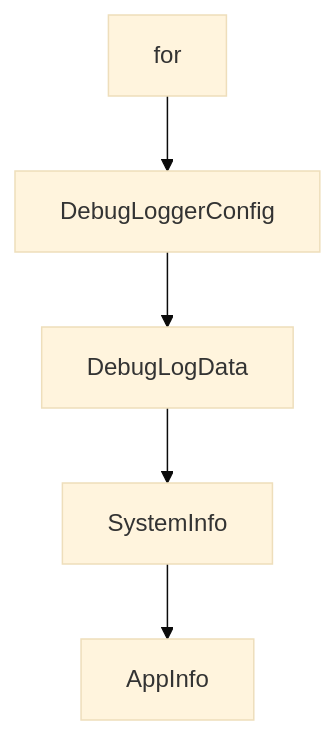
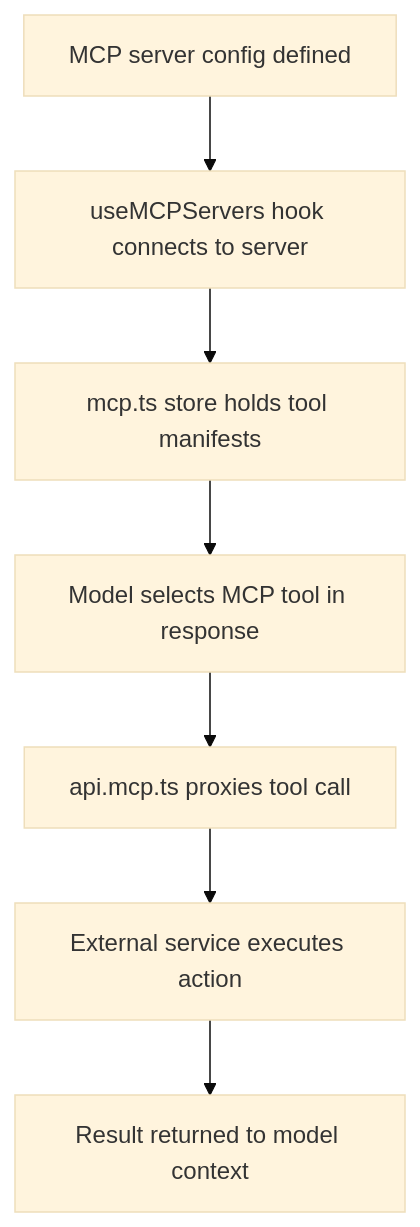
Before and after one commit to johnxie/awesome-code-docs: the second of 2 diagrams in tutorials/bolt-diy-tutorial/06-integrations-and-mcp.md, drawn with Mermaid (base theme). The commit also changed other lines of this file and 1232 other files, not shown here.

````diff
--- a/tutorials/bolt-diy-tutorial/06-integrations-and-mcp.md
+++ b/tutorials/bolt-diy-tutorial/06-integrations-and-mcp.md
@@ -300,12 +151,16 @@
 ```mermaid
 flowchart TD
-    A[for]
-    B[DebugLoggerConfig]
-    C[DebugLogData]
-    D[SystemInfo]
-    E[AppInfo]
+    A[MCP server config defined]
+    B[useMCPServers hook connects to server]
+    C[mcp.ts store holds tool manifests]
+    D[Model selects MCP tool in response]
+    E[api.mcp.ts proxies tool call]
+    F[External service executes action]
+    G[Result returned to model context]
     A --> B
     B --> C
     C --> D
     D --> E
+    E --> F
+    F --> G
 ```
````
